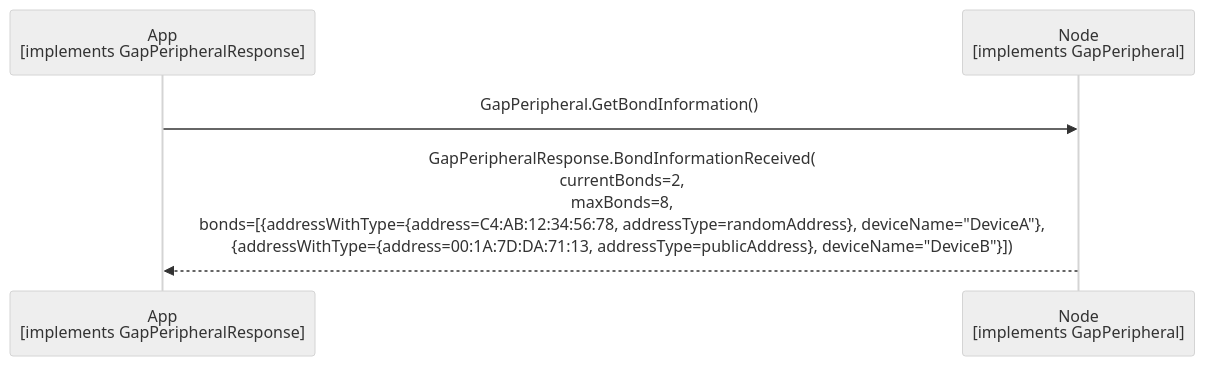
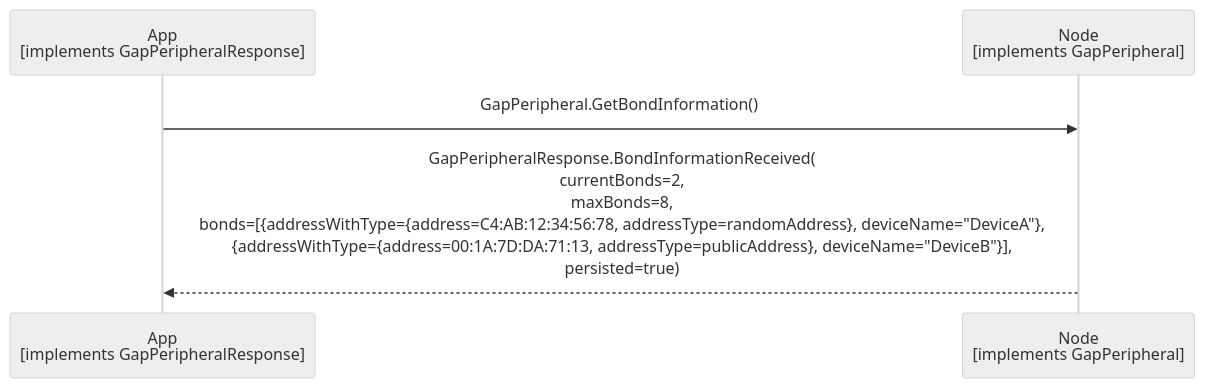
One commit to philips-software/amp-embedded-infra-lib changed the diagram in documents/modules/ROOT/partials/echoservices/gap_peripheral/GapPeripheral_GetBondInformation_sequence.mmd. Above: the diagram before and after it, drawn with Mermaid (neutral theme). The commit also changed 5 other files, not shown here.

First line of the commit message:
feat(echo): add BondInformation::persisted flag to Gap services (#1365)

```diff
--- a/documents/modules/ROOT/partials/echoservices/gap_peripheral/GapPeripheral_GetBondInformation_sequence.mmd
+++ b/documents/modules/ROOT/partials/echoservices/gap_peripheral/GapPeripheral_GetBondInformation_sequence.mmd
@@ -1,5 +1,5 @@
 sequenceDiagram
     participant App as App<br>[implements GapPeripheralResponse]
     participant Node as Node<br>[implements GapPeripheral]
     App->>Node: GapPeripheral.GetBondInformation()
-    Node-->>App: GapPeripheralResponse.BondInformationReceived(<br>currentBonds=2,<br>maxBonds=8,<br>bonds=[{addressWithType={address=C4:AB:12:34:56:78, addressType=randomAddress}, deviceName="DeviceA"},<br>{addressWithType={address=00:1A:7D:DA:71:13, addressType=publicAddress}, deviceName="DeviceB"}])
+    Node-->>App: GapPeripheralResponse.BondInformationReceived(<br>currentBonds=2,<br>maxBonds=8,<br>bonds=[{addressWithType={address=C4:AB:12:34:56:78, addressType=randomAddress}, deviceName="DeviceA"},<br>{addressWithType={address=00:1A:7D:DA:71:13, addressType=publicAddress}, deviceName="DeviceB"}],<br>persisted=true)
```
